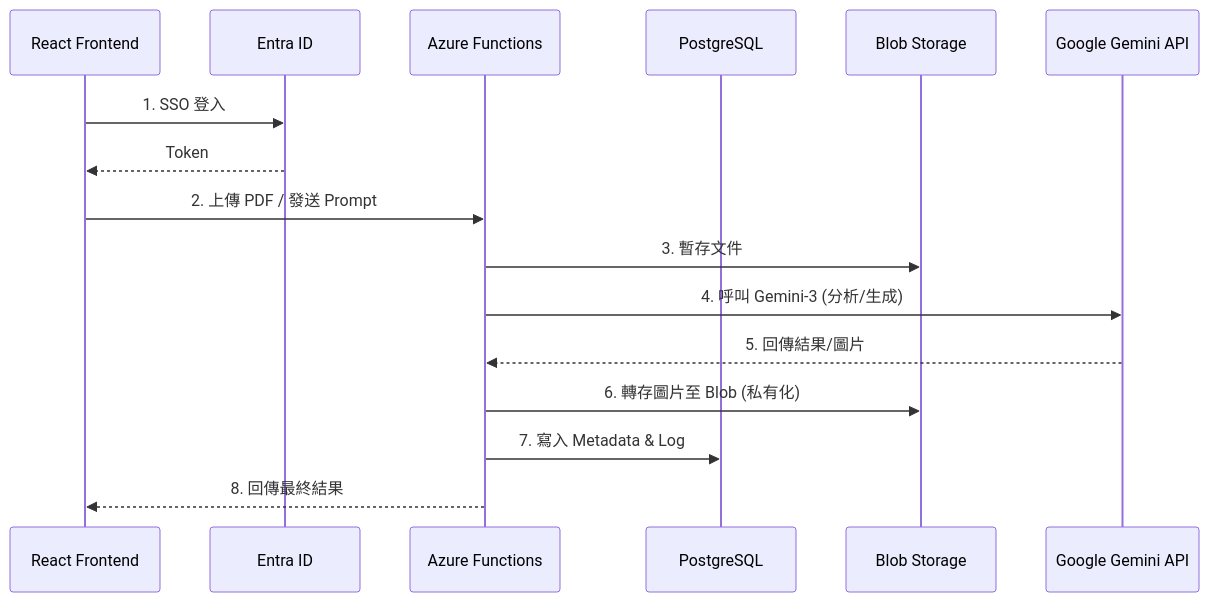
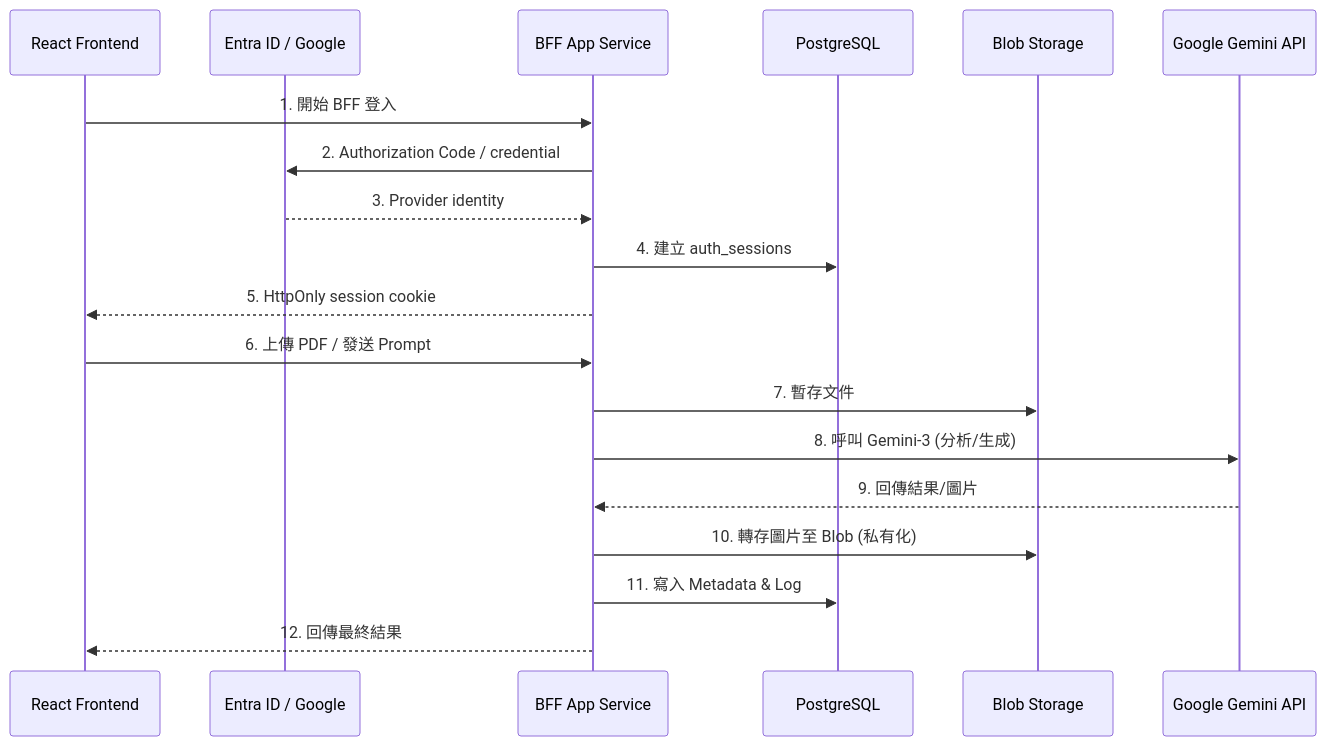
One commit to tony30552001/Genpic-master changed the first of 2 diagrams in docs/PRODUCT_PLAN.md. Above: the diagram before and after it, drawn with Mermaid. The commit also changed other lines of this file and 54 other files, not shown here.

Commit message:
feat: migrate authentication to BFF sessions

````diff
--- a/docs/PRODUCT_PLAN.md
+++ b/docs/PRODUCT_PLAN.md
@@ -203,19 +204,22 @@
 ```mermaid
 sequenceDiagram
     participant User as React Frontend
-    participant Auth as Entra ID
-    participant API as Azure Functions
+    participant Auth as Entra ID / Google
+    participant API as BFF App Service
     participant DB as PostgreSQL
     participant File as Blob Storage
     participant AI as Google Gemini API
 
-    User->>Auth: 1. SSO 登入
-    Auth-->>User: Token
-    User->>API: 2. 上傳 PDF / 發送 Prompt
-    API->>File: 3. 暫存文件
-    API->>AI: 4. 呼叫 Gemini-3 (分析/生成)
-    AI-->>API: 5. 回傳結果/圖片
-    API->>File: 6. 轉存圖片至 Blob (私有化)
-    API->>DB: 7. 寫入 Metadata & Log
-    API-->>User: 8. 回傳最終結果
+    User->>API: 1. 開始 BFF 登入
+    API->>Auth: 2. Authorization Code / credential
+    Auth-->>API: 3. Provider identity
+    API->>DB: 4. 建立 auth_sessions
+    API-->>User: 5. HttpOnly session cookie
+    User->>API: 6. 上傳 PDF / 發送 Prompt
+    API->>File: 7. 暫存文件
+    API->>AI: 8. 呼叫 Gemini-3 (分析/生成)
+    AI-->>API: 9. 回傳結果/圖片
+    API->>File: 10. 轉存圖片至 Blob (私有化)
+    API->>DB: 11. 寫入 Metadata & Log
+    API-->>User: 12. 回傳最終結果
 ```
````
